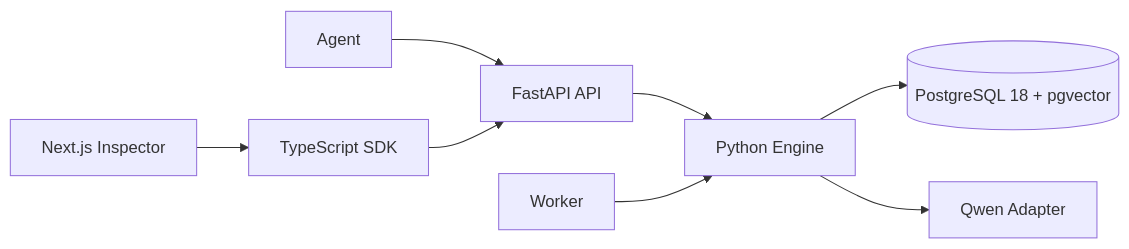
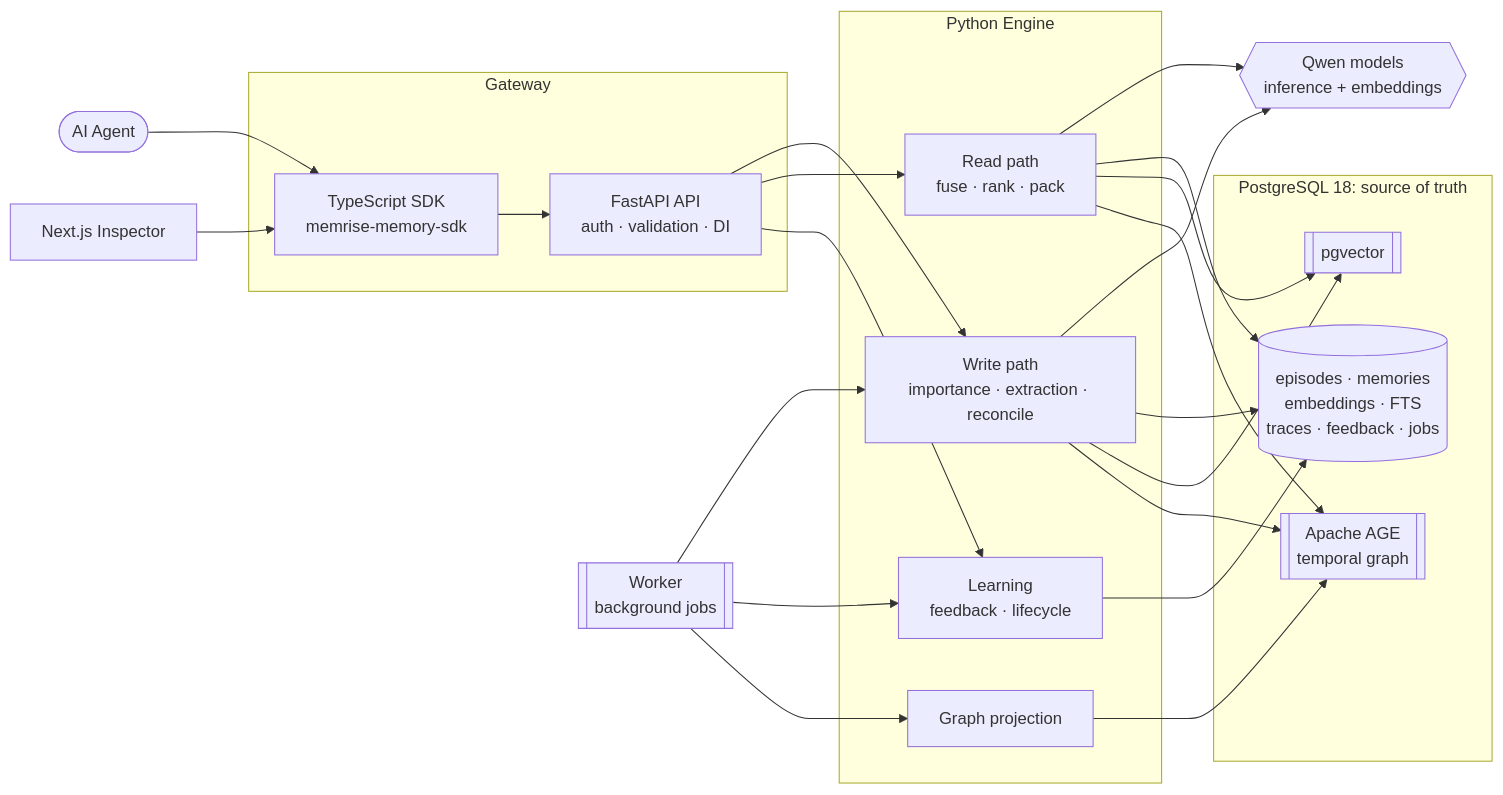
The first of 5 diagrams in README.md (Meriem-BM/memrise), drawn with Mermaid before and after one commit. The commit also changed other lines of this file and 1 other file, not shown here.

First line of the commit message:
docs: expand README and CONTRIBUTING with architecture and diagrams

````diff
--- a/README.md
+++ b/README.md
@@ -24,10 +52,38 @@
 ```mermaid
 flowchart LR
-  Agent[Agent] --> API[FastAPI API]
-  API --> Engine[Python Engine]
-  Worker[Worker] --> Engine
-  Engine --> PG[(PostgreSQL 18 + pgvector)]
-  Engine --> Qwen[Qwen Adapter]
-  Web[Next.js Inspector] --> SDK[TypeScript SDK]
-  SDK --> API
+  Agent([AI Agent])
+  Web[Next.js Inspector]
+
+  subgraph Edge["Gateway"]
+    SDK[TypeScript SDK<br/>memrise-memory-sdk]
+    API[FastAPI API<br/>auth · validation · DI]
+  end
+
+  subgraph Core["Python Engine"]
+    Write[Write path<br/>importance · extraction · reconcile]
+    Read[Read path<br/>fuse · rank · pack]
+    Learn[Learning<br/>feedback · lifecycle]
+    Graph[Graph projection]
+  end
+
+  Worker[[Worker<br/>background jobs]]
+
+  subgraph Store["PostgreSQL 18: source of truth"]
+    PG[(episodes · memories<br/>embeddings · FTS<br/>traces · feedback · jobs)]
+    Vec[[pgvector]]
+    AGE[[Apache AGE<br/>temporal graph]]
+  end
+
+  Qwen{{Qwen models<br/>inference + embeddings}}
+
+  Agent --> SDK --> API
+  Web --> SDK
+  API --> Write & Read & Learn
+  Worker --> Write & Learn & Graph
+  Write --> Qwen
+  Read --> Qwen
+  Write --> PG & Vec & AGE
+  Read --> PG & Vec & AGE
+  Graph --> AGE
+  Learn --> PG
 ```
````
